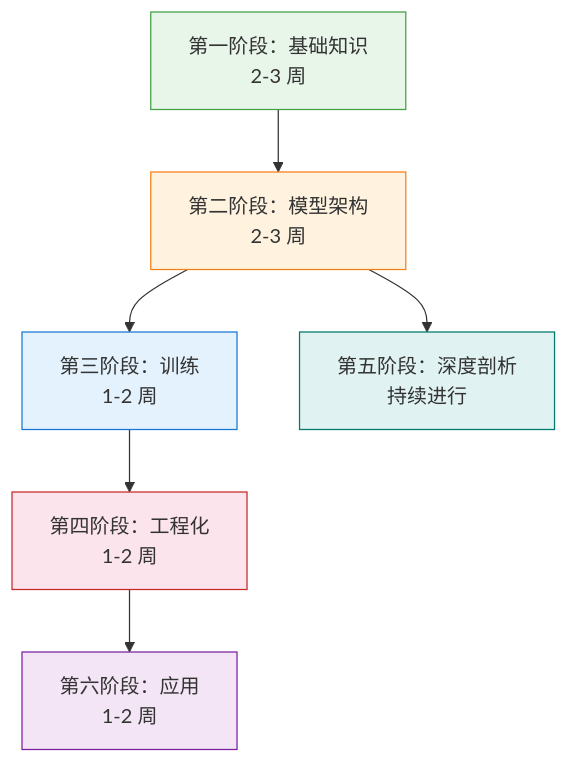
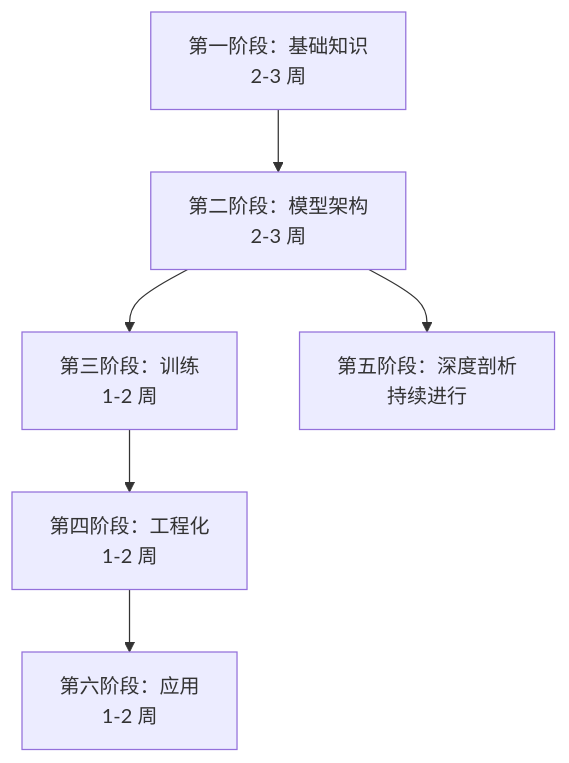
The diagram in docs/roadmap.md (boots-coder/LLM-101-CN), drawn with Mermaid before and after one commit. The commit also changed 62 other files, not shown here.

First line of the commit message:
refactor: 全站流程图/框架图改用 mermaid 渲染

````diff
--- a/docs/roadmap.md
+++ b/docs/roadmap.md
@@ -9,15 +9,8 @@
 ```mermaid
-graph TD
+flowchart TD
     A[第一阶段：基础知识<br/>2-3 周] --> B[第二阶段：模型架构<br/>2-3 周]
     B --> C[第三阶段：训练<br/>1-2 周]
     B --> F[第五阶段：深度剖析<br/>持续进行]
     C --> D[第四阶段：工程化<br/>1-2 周]
     D --> E[第六阶段：应用<br/>1-2 周]
-
-    style A fill:#e8f5e9,stroke:#43a047
-    style B fill:#fff3e0,stroke:#f57f17
-    style C fill:#e3f2fd,stroke:#1976d2
-    style D fill:#fce4ec,stroke:#c62828
-    style E fill:#f3e5f5,stroke:#7b1fa2
-    style F fill:#e0f2f1,stroke:#00796b
 ```
````
